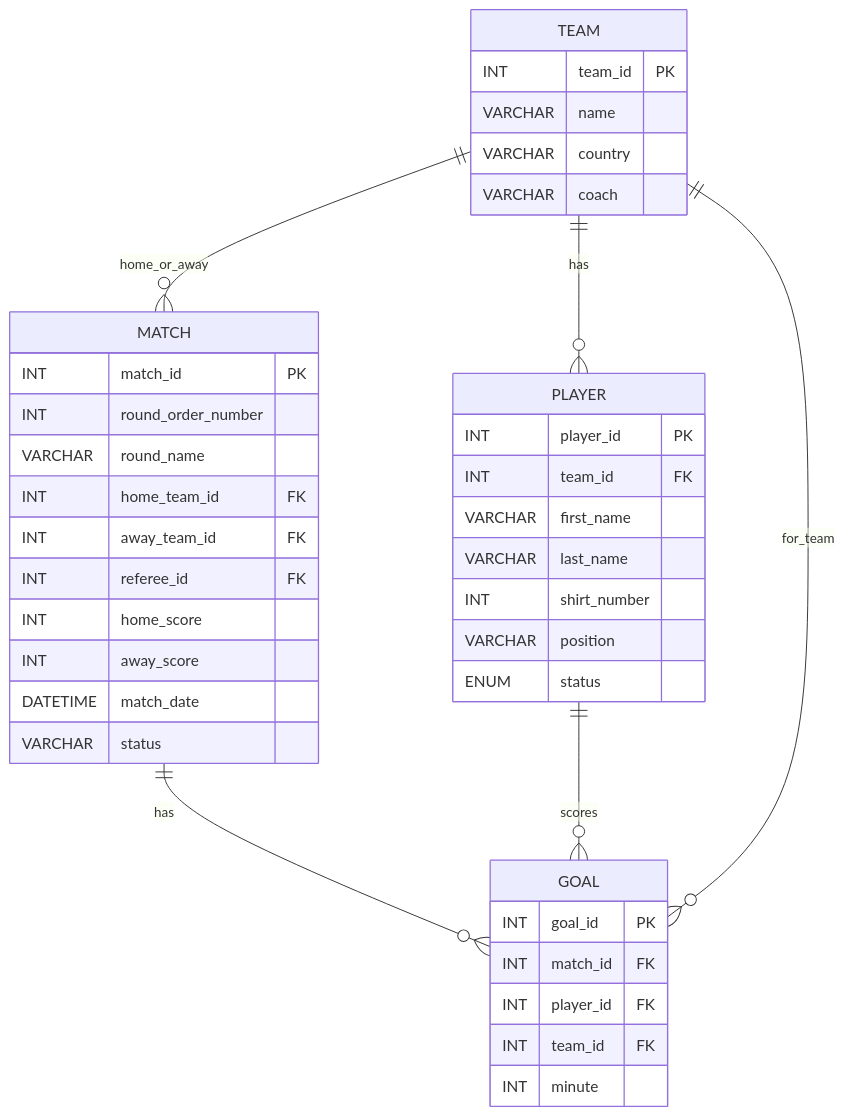
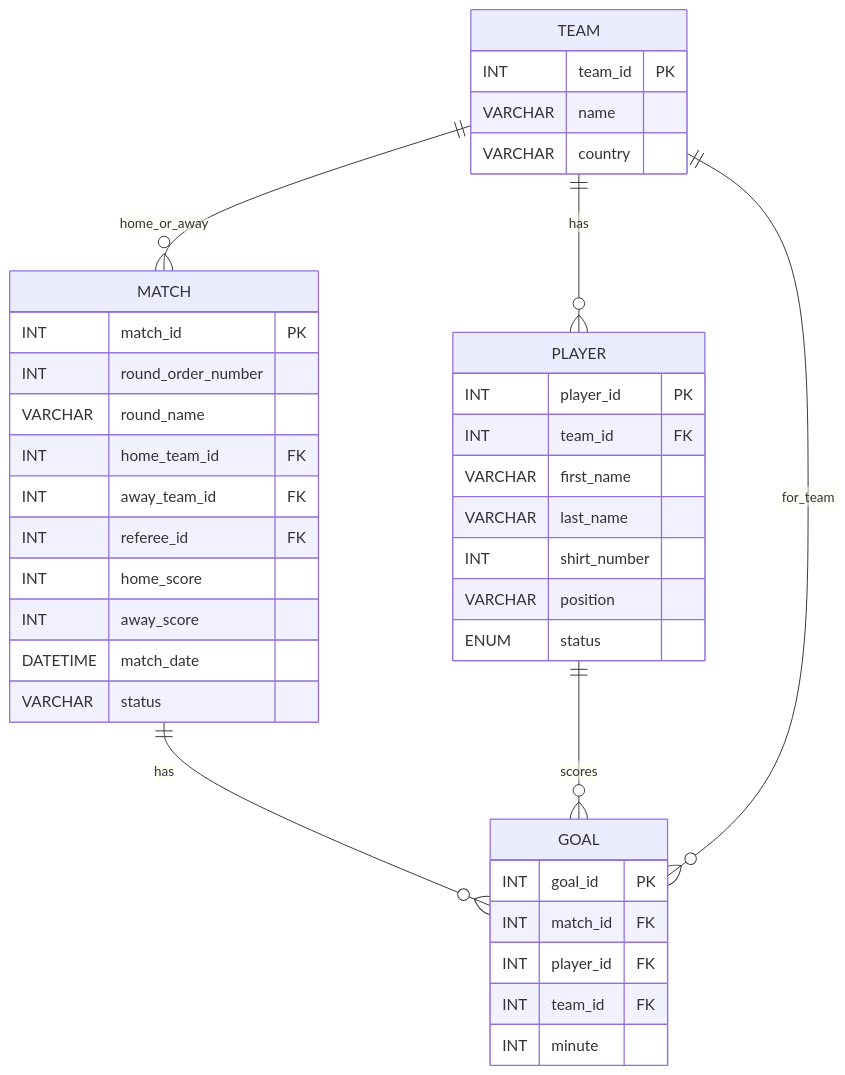
One commit to sanderkerkhofs/worldcup-manager-2026 changed the third of 3 diagrams in analysis/project_schema.md. Above: the diagram before and after it, drawn with Mermaid. The commit also changed other lines of this file and 51 other files, not shown here.

````diff
--- a/analysis/project_schema.md
+++ b/analysis/project_schema.md
@@ -129,46 +122,45 @@
 ```mermaid
 erDiagram
   TEAM {
     INT team_id PK
     VARCHAR name
     VARCHAR country
-    VARCHAR coach
   }
 
   MATCH {
     INT match_id PK
     INT round_order_number
     VARCHAR round_name
     INT home_team_id FK
     INT away_team_id FK
     INT referee_id FK
     INT home_score
     INT away_score
     DATETIME match_date
     VARCHAR status
   }
 
   PLAYER {
     INT player_id PK
     INT team_id FK
     VARCHAR first_name
     VARCHAR last_name
     INT shirt_number
     VARCHAR position
     ENUM status
   }
 
   GOAL {
     INT goal_id PK
     INT match_id FK
     INT player_id FK
     INT team_id FK
     INT minute
   }
 
   TEAM ||--o{ PLAYER : has
   MATCH ||--o{ GOAL : has
   PLAYER ||--o{ GOAL : scores
   TEAM ||--o{ GOAL : for_team
   TEAM ||--o{ MATCH : home_or_away
 ```
````
